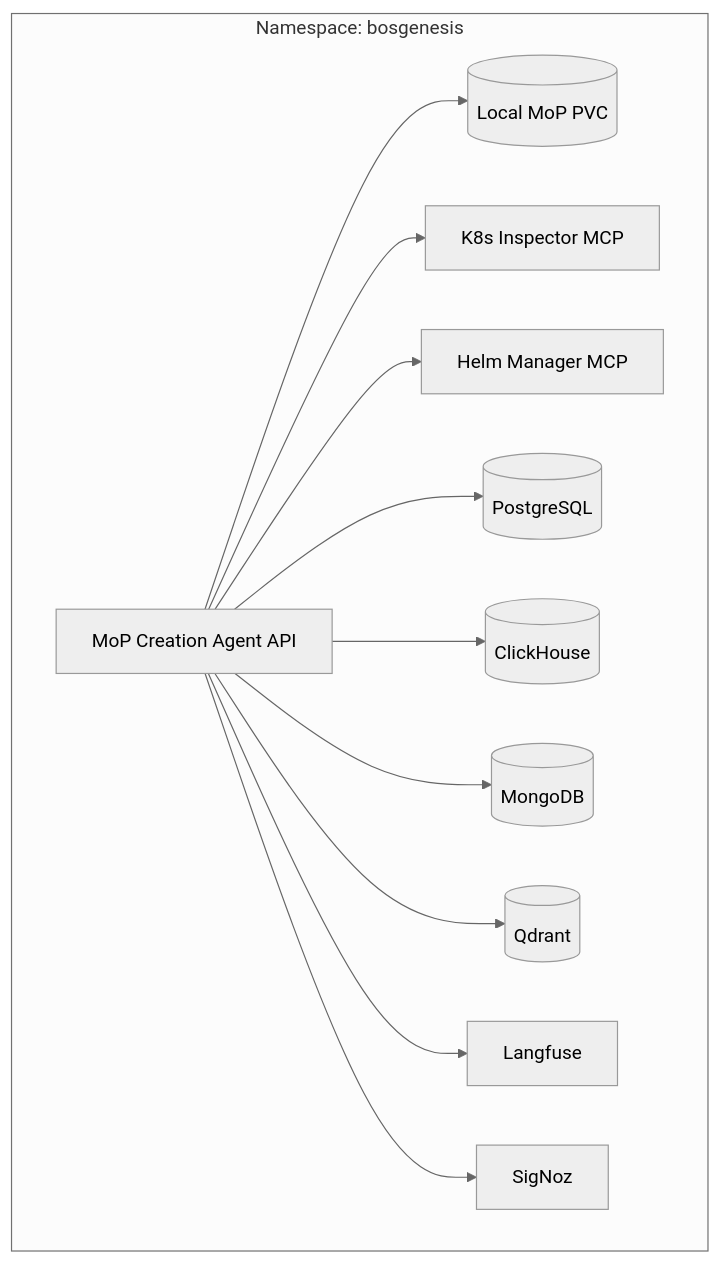
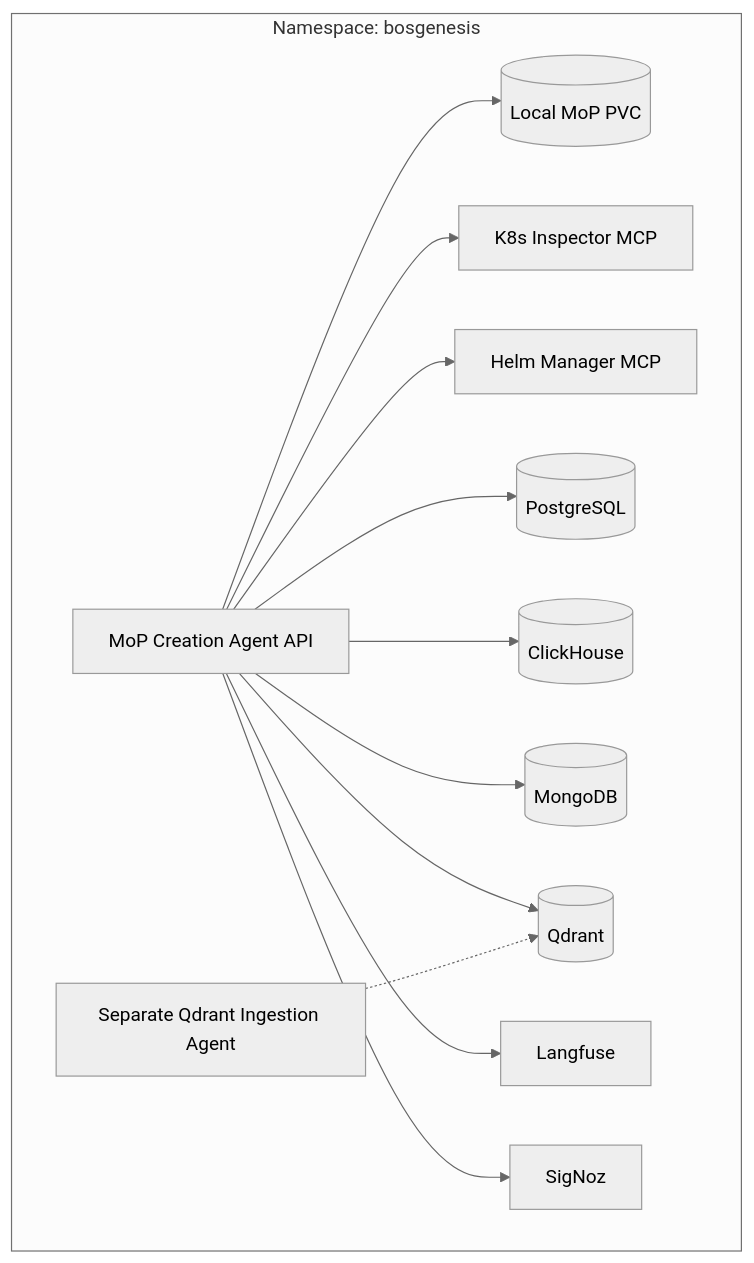
The fourth of 5 diagrams in docs/02_HLD_MOP_CREATION_AGENT.md (aveeshek/bosgenesis-mop-creation-agent), drawn with Mermaid (neutral theme) before and after one commit. The commit also changed other lines of this file and 62 other files, not shown here.

````diff
--- a/docs/02_HLD_MOP_CREATION_AGENT.md
+++ b/docs/02_HLD_MOP_CREATION_AGENT.md
@@ -153,25 +160,27 @@
 ```mermaid
 flowchart TB
     subgraph BOS["Namespace: bosgenesis"]
         API["MoP Creation Agent API"]
         PVC[("Local MoP PVC")]
         K8S["K8s Inspector MCP"]
         HELM["Helm Manager MCP"]
         PG[("PostgreSQL")]
         CH[("ClickHouse")]
         MG[("MongoDB")]
         QD[("Qdrant")]
+        QI["Separate Qdrant Ingestion Agent"]
         LF["Langfuse"]
         SZ["SigNoz"]
     end
 
     API --> PVC
     API --> K8S
     API --> HELM
     API --> PG
     API --> CH
     API --> MG
     API --> QD
+    QI -.-> QD
     API --> LF
     API --> SZ
 ```
````
